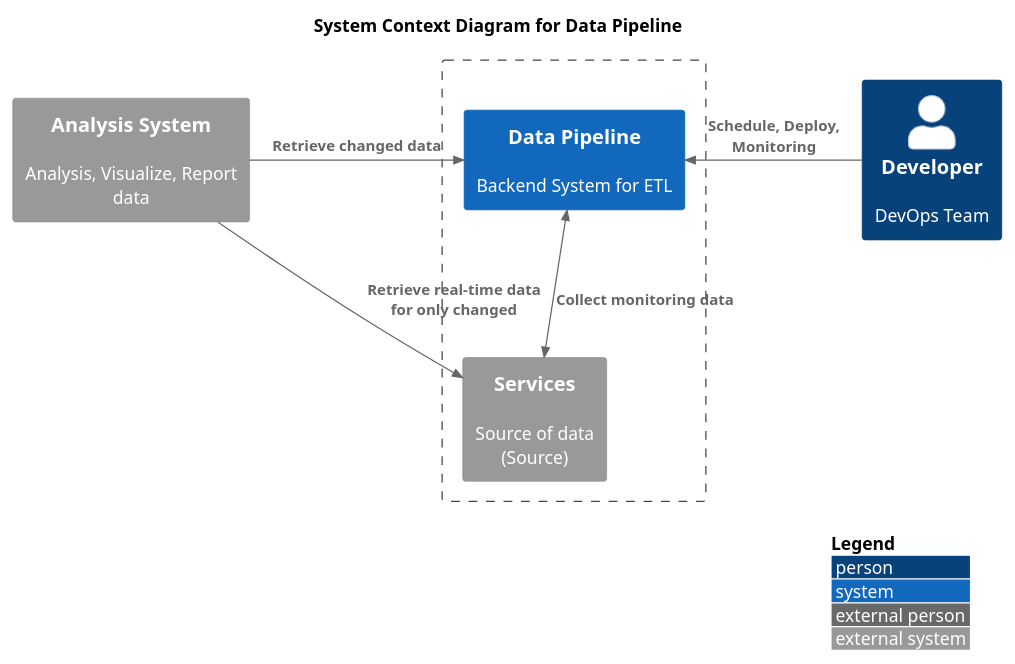
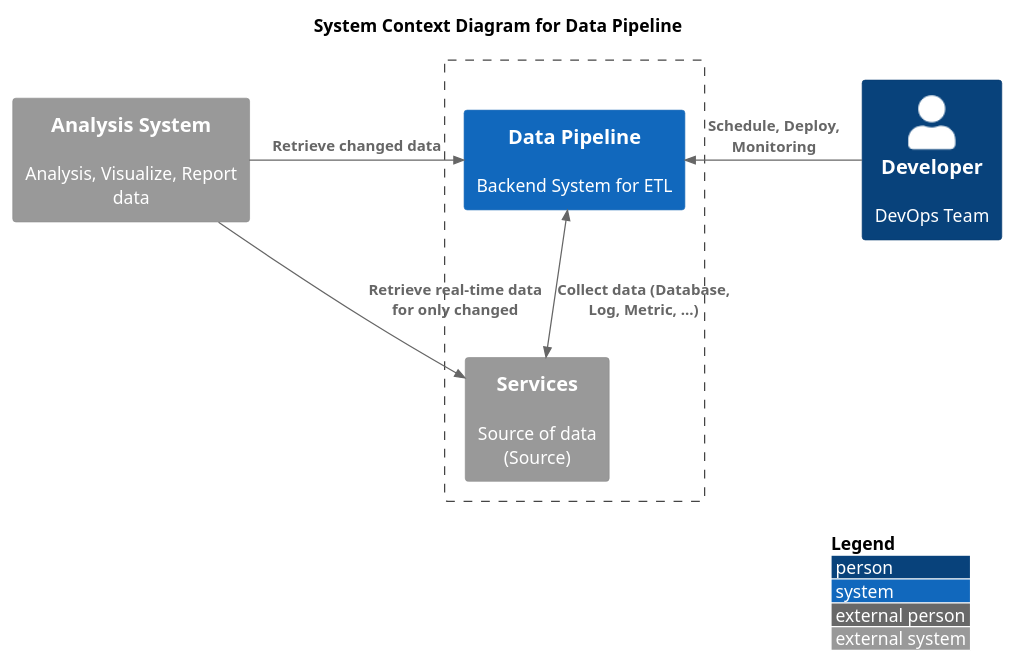
One commit to yanghoon/obsidian-workspace changed the first of 2 diagrams in _diary/2024-06-19.md. Above: the diagram before and after it, drawn with PlantUML.

Commit message:
vault backup: 2024-06-21 19:36:03

````diff
--- a/_diary/2024-06-19.md
+++ b/_diary/2024-06-19.md
@@ -3,20 +3,20 @@
 ```plantuml
 !include <C4/C4_Context.puml>
 
 LAYOUT_TOP_DOWN()
 LAYOUT_WITH_LEGEND()
 
 title System Context Diagram for Data Pipeline
 
 System_Ext(analysis, "Analysis System", "Analysis, Visualize, Report data")
 Boundary(system, "") {
 	System_Ext(service, "Services", "Source of data\n(Source)")
 	System(app, "Data Pipeline", "Backend System for ETL")
 }
 Person(developer, "Developer", "DevOps Team")
 
 Rel_Right(analysis, app, "Retrieve changed data")
 Rel_Right(analysis, service, "Retrieve real-time data for only changed")
 Rel_Left(developer, app, "Schedule, Deploy, Monitoring")
-BiRel(app, service, "Collect monitoring data")
+BiRel(app, service, "Collect data (Database, Log, Metric, ...)")
 ```
````
